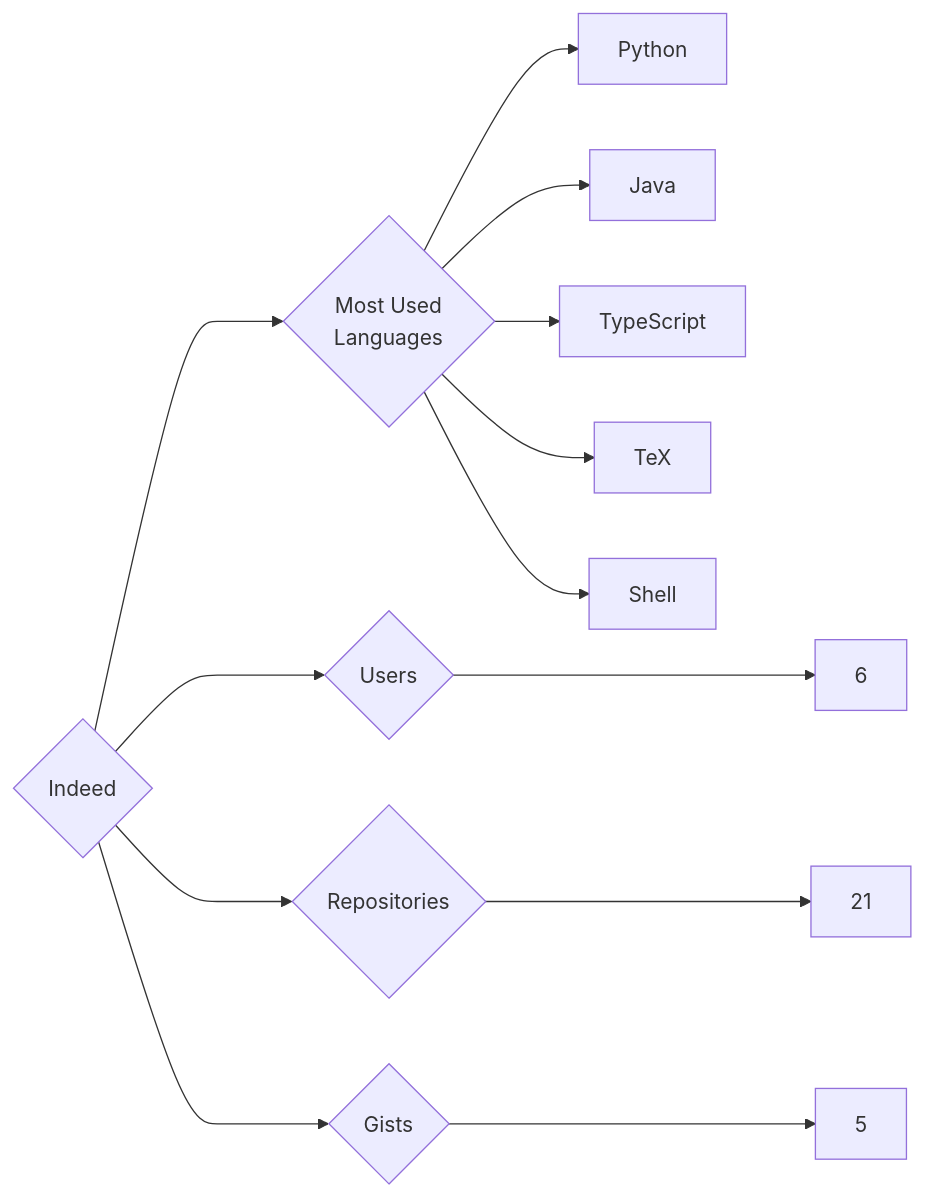
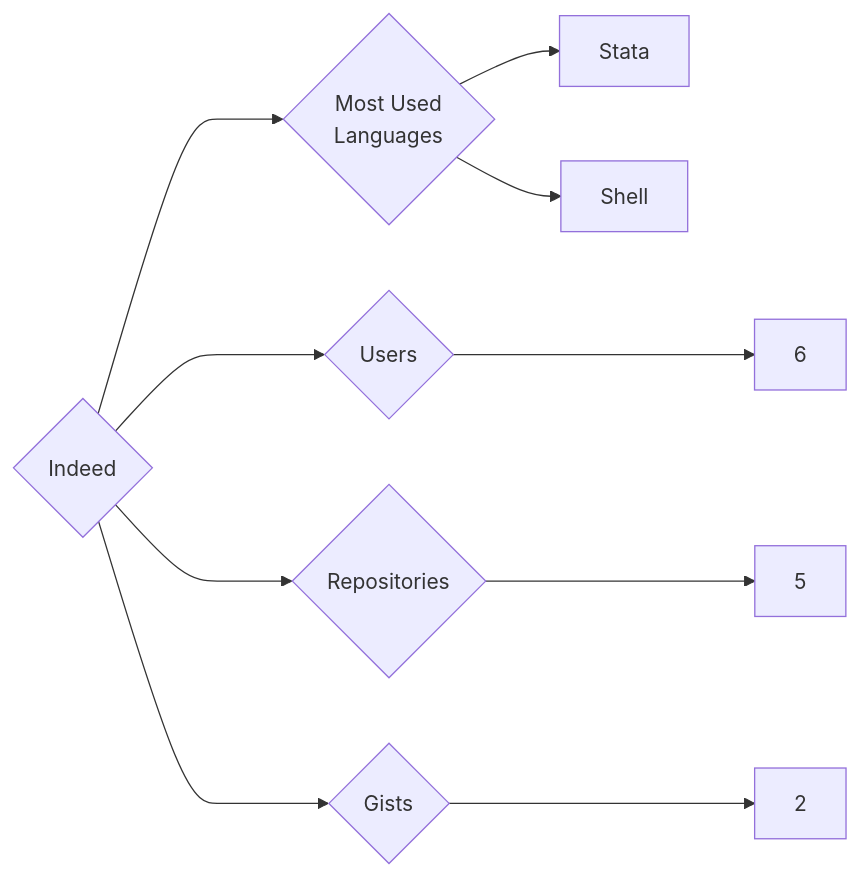
The diagram in targets/Indeed/README.md (trickest/insiders), drawn with Mermaid before and after one commit. The commit also changed 681 other files, not shown here.

````diff
--- a/targets/Indeed/README.md
+++ b/targets/Indeed/README.md
@@ -3,13 +3,10 @@
 ```mermaid
 graph LR
 COMPANY_NAME{Indeed}
 COMPANY_NAME ---> U{Users} ---> UN[6]
-COMPANY_NAME ---> R{Repositories} ---> RN[21]
-COMPANY_NAME ---> G{Gists} ---> GN[5]
+COMPANY_NAME ---> R{Repositories} ---> RN[5]
+COMPANY_NAME ---> G{Gists} ---> GN[2]
 COMPANY_NAME ---> ML{Most Used<br>Languages}
-ML --> Python[Python]
-ML --> Java[Java]
-ML --> TypeScript[TypeScript]
-ML --> TeX[TeX]
+ML --> Stata[Stata]
 ML --> Shell[Shell]
 ```
````
